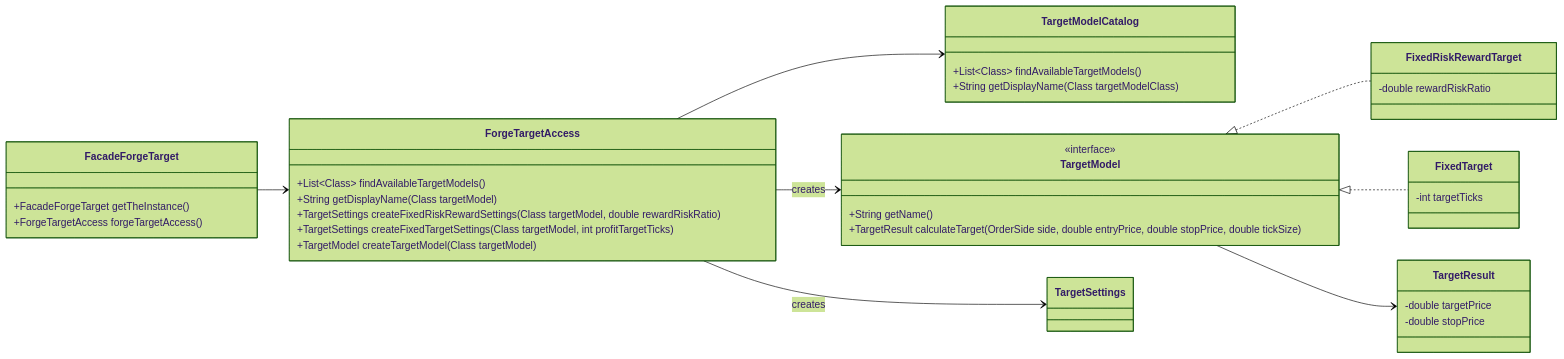
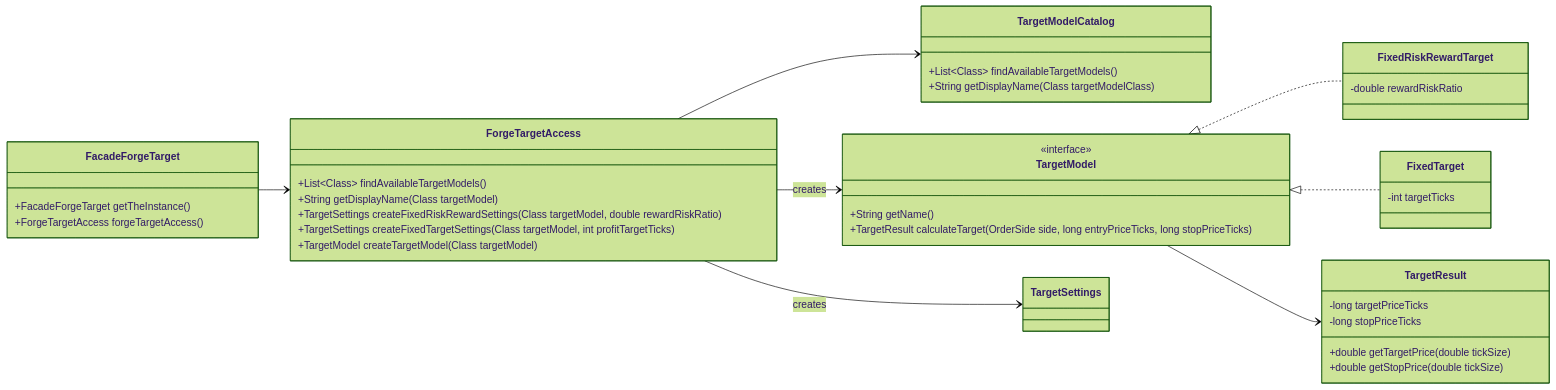
One commit to probst-paul/FORGE changed diagram 14 of 19 in class-model.md. Above: the diagram before and after it, drawn with Mermaid (forest theme). The commit also changed other lines of this file and 25 other files, not shown here.

````diff
--- a/class-model.md
+++ b/class-model.md
@@ -818,49 +855,51 @@
 ```mermaid
 classDiagram
     direction LR
 
     class FacadeForgeTarget {
         +FacadeForgeTarget getTheInstance()
         +ForgeTargetAccess forgeTargetAccess()
     }
 
     class ForgeTargetAccess {
         +List~Class~ findAvailableTargetModels()
         +String getDisplayName(Class targetModel)
         +TargetSettings createFixedRiskRewardSettings(Class targetModel, double rewardRiskRatio)
         +TargetSettings createFixedTargetSettings(Class targetModel, int profitTargetTicks)
         +TargetModel createTargetModel(Class targetModel)
     }
 
     class TargetModelCatalog {
         +List~Class~ findAvailableTargetModels()
         +String getDisplayName(Class targetModelClass)
     }
 
     class TargetModel {
         <<interface>>
         +String getName()
-        +TargetResult calculateTarget(OrderSide side, double entryPrice, double stopPrice, double tickSize)
+        +TargetResult calculateTarget(OrderSide side, long entryPriceTicks, long stopPriceTicks)
     }
 
     class FixedRiskRewardTarget {
         -double rewardRiskRatio
     }
 
     class FixedTarget {
         -int targetTicks
     }
 
     class TargetResult {
-        -double targetPrice
-        -double stopPrice
+        -long targetPriceTicks
+        -long stopPriceTicks
+        +double getTargetPrice(double tickSize)
+        +double getStopPrice(double tickSize)
     }
 
     FacadeForgeTarget --> ForgeTargetAccess
     ForgeTargetAccess --> TargetModelCatalog
     ForgeTargetAccess --> TargetModel : creates
     ForgeTargetAccess --> TargetSettings : creates
     TargetModel <|.. FixedRiskRewardTarget
     TargetModel <|.. FixedTarget
     TargetModel --> TargetResult
 ```
````
